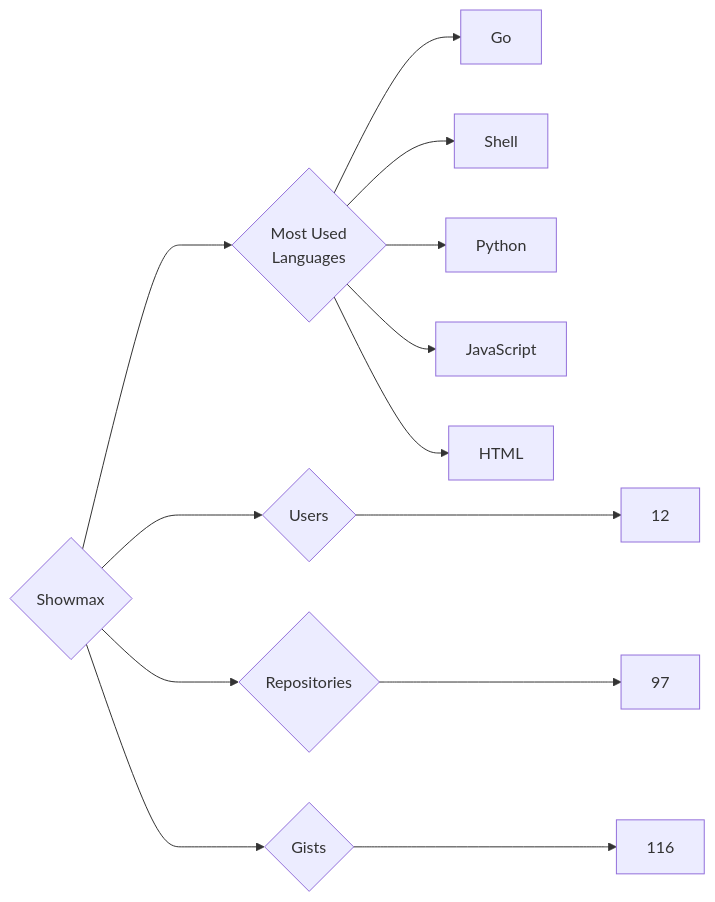
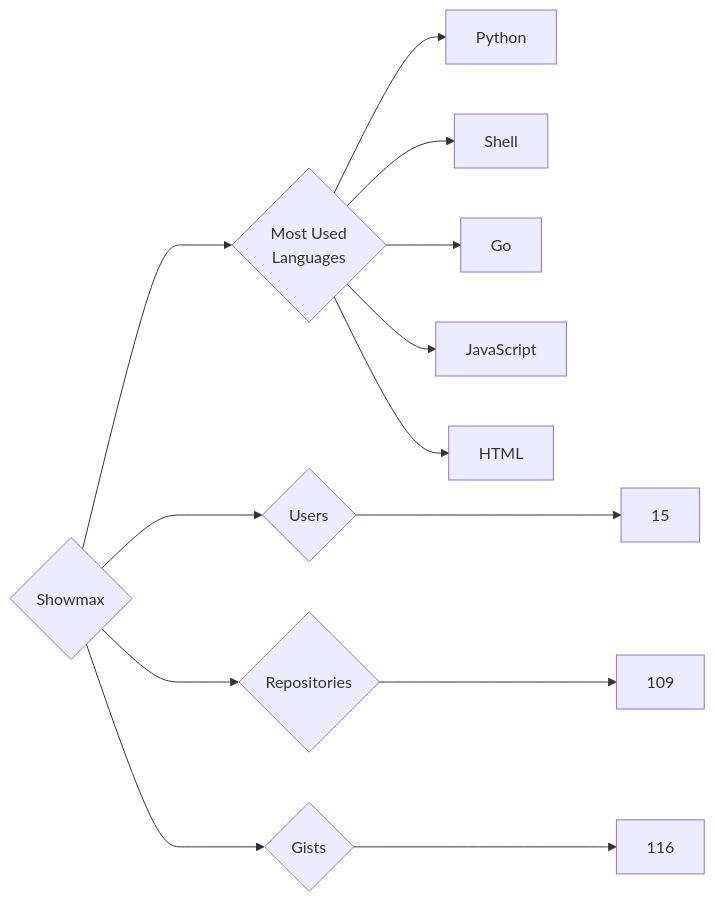
One commit to trickest/insiders changed the diagram in targets/Showmax/README.md. Above: the diagram before and after it, drawn with Mermaid. The commit also changed 823 other files, not shown here.

````diff
--- a/targets/Showmax/README.md
+++ b/targets/Showmax/README.md
@@ -3,13 +3,13 @@
 ```mermaid
 graph LR
 COMPANY_NAME{Showmax}
-COMPANY_NAME ---> U{Users} ---> UN[12]
-COMPANY_NAME ---> R{Repositories} ---> RN[97]
+COMPANY_NAME ---> U{Users} ---> UN[15]
+COMPANY_NAME ---> R{Repositories} ---> RN[109]
 COMPANY_NAME ---> G{Gists} ---> GN[116]
 COMPANY_NAME ---> ML{Most Used<br>Languages}
+ML --> Python[Python]
+ML --> Shell[Shell]
 ML --> Go[Go]
-ML --> Shell[Shell]
-ML --> Python[Python]
 ML --> JavaScript[JavaScript]
 ML --> HTML[HTML]
 ```
````
